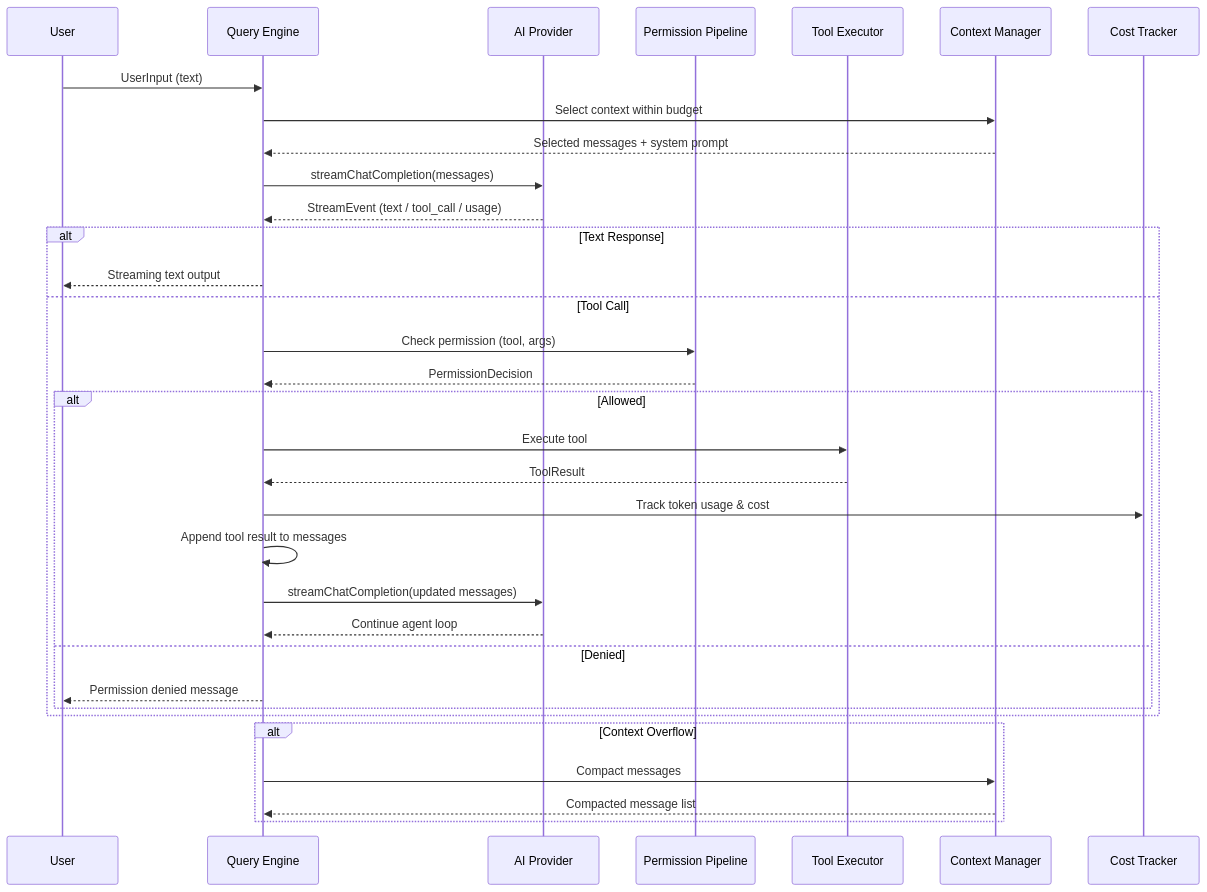
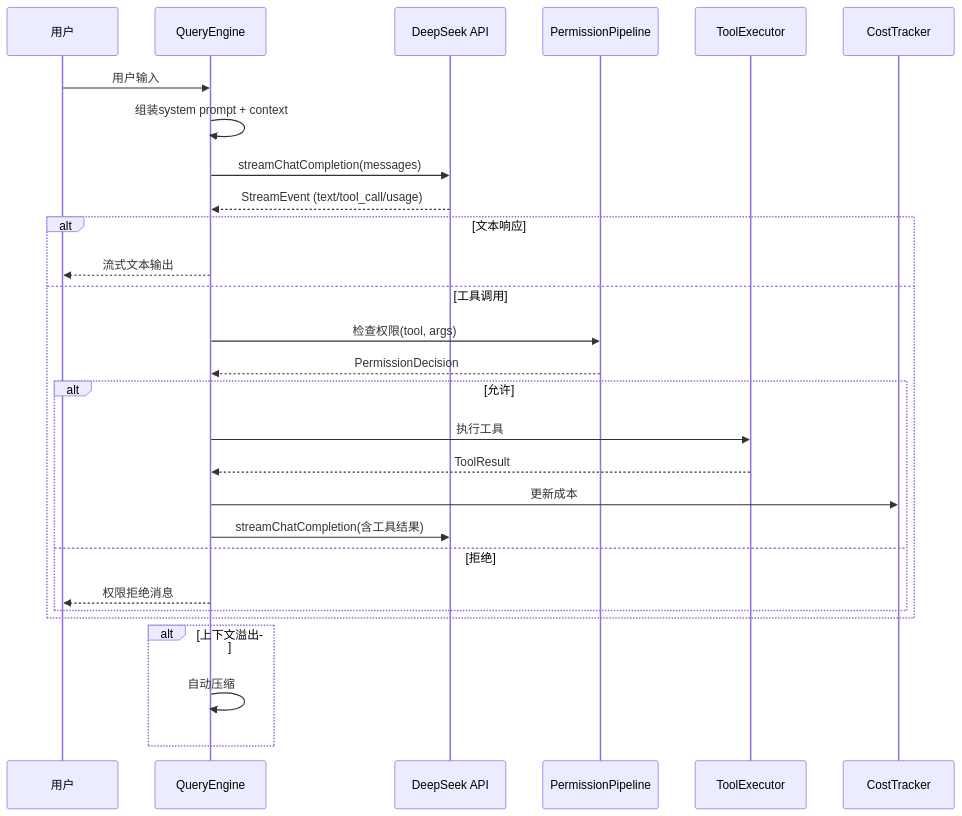
The third of 3 diagrams in docs/PROJECT_DOCUMENTATION.md (hjtxsgbbx/xsgbbx), drawn with Mermaid before and after one commit. The commit also changed other lines of this file and 1 other file, not shown here.

````diff
--- a/docs/PROJECT_DOCUMENTATION.md
+++ b/docs/PROJECT_DOCUMENTATION.md
@@ -523,38 +358,33 @@
 ```mermaid
 sequenceDiagram
-    participant U as User
-    participant QE as Query Engine
-    participant API as AI Provider
-    participant PP as Permission Pipeline
-    participant TE as Tool Executor
-    participant CM as Context Manager
-    participant CT as Cost Tracker
+    participant U as 用户
+    participant QE as QueryEngine
+    participant API as DeepSeek API
+    participant PP as PermissionPipeline
+    participant TE as ToolExecutor
+    participant CT as CostTracker
 
-    U->>QE: UserInput (text)
-    QE->>CM: Select context within budget
-    CM-->>QE: Selected messages + system prompt
+    U->>QE: 用户输入
+    QE->>QE: 组装system prompt + context
     QE->>API: streamChatCompletion(messages)
-    API-->>QE: StreamEvent (text / tool_call / usage)
+    API-->>QE: StreamEvent (text/tool_call/usage)
     
-    alt Text Response
-        QE-->>U: Streaming text output
-    else Tool Call
-        QE->>PP: Check permission (tool, args)
+    alt 文本响应
+        QE-->>U: 流式文本输出
+    else 工具调用
+        QE->>PP: 检查权限(tool, args)
         PP-->>QE: PermissionDecision
-        alt Allowed
-            QE->>TE: Execute tool
+        alt 允许
+            QE->>TE: 执行工具
             TE-->>QE: ToolResult
-            QE->>CT: Track token usage & cost
-            QE->>QE: Append tool result to messages
-            QE->>API: streamChatCompletion(updated messages)
-            API-->>QE: Continue agent loop
-        else Denied
-            QE-->>U: Permission denied message
+            QE->>CT: 更新成本
+            QE->>API: streamChatCompletion(含工具结果)
+        else 拒绝
+            QE-->>U: 权限拒绝消息
         end
     end
     
-    alt Context Overflow
-        QE->>CM: Compact messages
-        CM-->>QE: Compacted message list
+    alt 上下文溢出
+        QE->>QE: 自动压缩
     end
 ```
````
